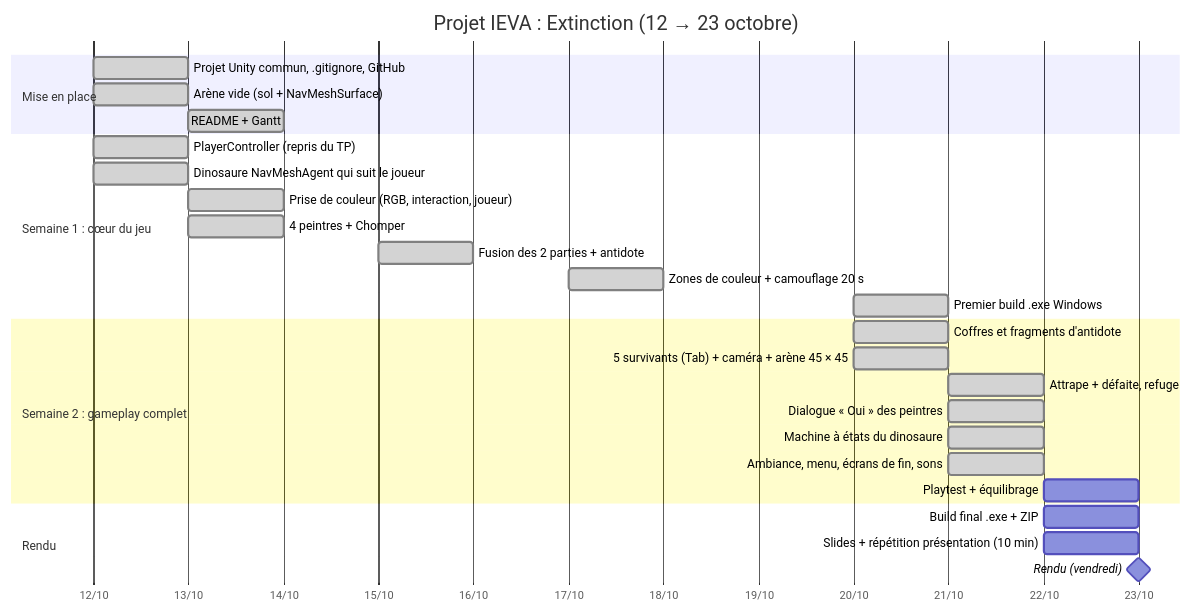
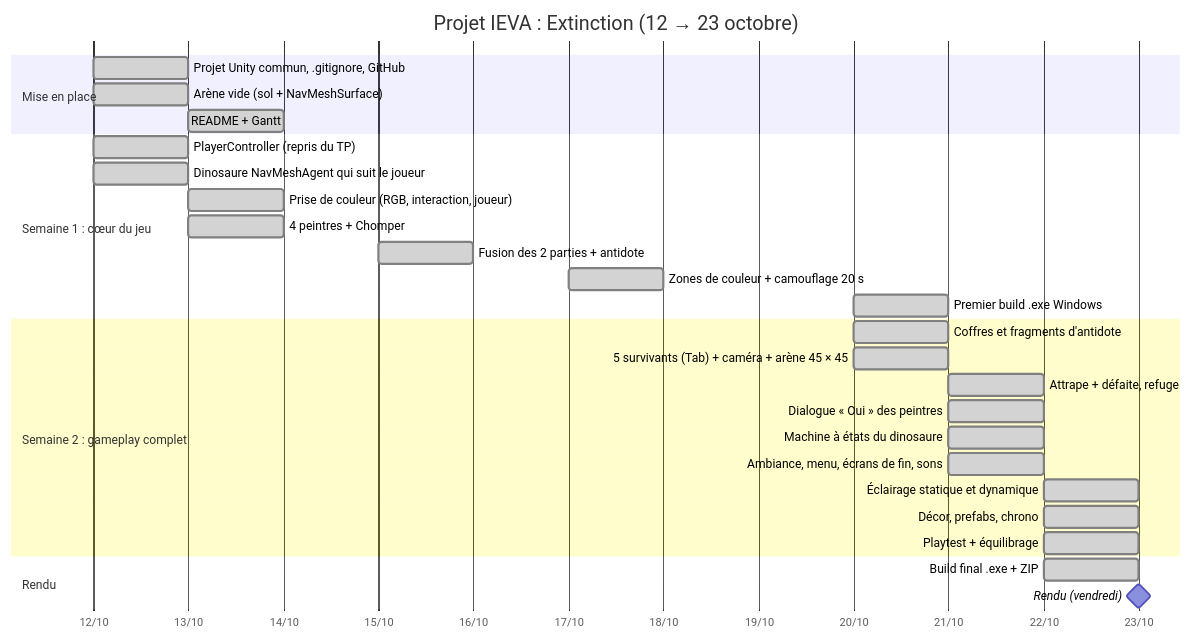
The diagram in README.md (laissy-dev/IEVA), drawn with Mermaid before and after one commit. The commit also changed other lines of this file and 20 other files, not shown here.

````diff
--- a/README.md
+++ b/README.md
@@ -74,34 +126,35 @@
 ```mermaid
 gantt
     title Projet IEVA : Extinction (12 → 23 octobre)
     dateFormat YYYY-MM-DD
     axisFormat %d/%m
 
     section Mise en place
     Projet Unity commun, .gitignore, GitHub      :done, a0, 2026-10-12, 1d
     Arène vide (sol + NavMeshSurface)            :done, a1, 2026-10-12, 1d
     README + Gantt                               :done, a11, 2026-10-13, 1d
 
     section Semaine 1 : cœur du jeu
     PlayerController (repris du TP)              :done, a2, 2026-10-12, 1d
     Dinosaure NavMeshAgent qui suit le joueur    :done, a3, 2026-10-12, 1d
     Prise de couleur (RGB, interaction, joueur)  :done, a5, 2026-10-13, 1d
     4 peintres + Chomper                         :done, a8, 2026-10-13, 1d
     Fusion des 2 parties + antidote              :done, a13, 2026-10-15, 1d
     Zones de couleur + camouflage 20 s           :done, a9, 2026-10-17, 1d
     Premier build .exe Windows                   :done, a10, 2026-10-20, 1d
 
     section Semaine 2 : gameplay complet
     Coffres et fragments d'antidote              :done, b0, 2026-10-20, 1d
     5 survivants (Tab) + caméra + arène 45 × 45  :done, b2, 2026-10-20, 1d
     Attrape + défaite, refuge                    :done, b3, 2026-10-21, 1d
     Dialogue « Oui » des peintres                :done, b5, 2026-10-21, 1d
     Machine à états du dinosaure                 :done, b1, 2026-10-21, 1d
     Ambiance, menu, écrans de fin, sons          :done, b4, 2026-10-21, 1d
-    Playtest + équilibrage                       :b8, 2026-10-22, 1d
+    Éclairage statique et dynamique              :done, b6, 2026-10-22, 1d
+    Décor, prefabs, chrono                       :done, b7, 2026-10-22, 1d
+    Playtest + équilibrage                       :done, b8, 2026-10-22, 1d
 
     section Rendu
-    Build final .exe + ZIP                       :c1, 2026-10-22, 1d
-    Slides + répétition présentation (10 min)    :c3, 2026-10-22, 1d
+    Build final .exe + ZIP                       :done, c1, 2026-10-22, 1d
     Rendu (vendredi)                             :milestone, m2, 2026-10-23, 0d
 ```
````
